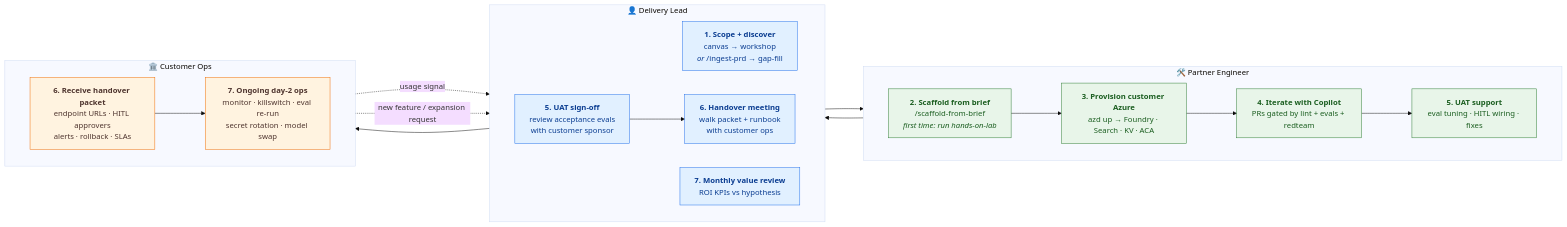
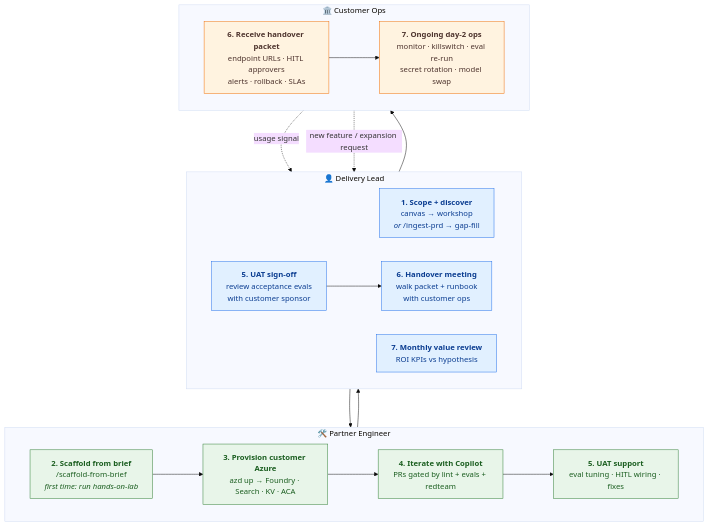
Before and after one commit to Azure-Samples/agentic-ai-solution-accelerator: the diagram in docs/partner-workflow.md, drawn with Mermaid. The commit also changed 4 other files, not shown here.

First line of the commit message:
Docs O9.2: TB swim-lane layout + cover home page diagram

````diff
--- a/docs/partner-workflow.md
+++ b/docs/partner-workflow.md
@@ -35,52 +35,52 @@
 ```mermaid
 %%{init: {'theme':'base','themeVariables':{'fontSize':'16px'},'flowchart':{'nodeSpacing':50,'rankSpacing':80,'htmlLabels':true,'curve':'basis'}}}%%
-flowchart LR
+flowchart TB
     classDef lead fill:#E1F0FF,stroke:#1F6FEB,color:#0B3D91,stroke-width:1px;
     classDef eng  fill:#E8F5E9,stroke:#2E7D32,color:#1B5E20,stroke-width:1px;
     classDef ops  fill:#FFF3E0,stroke:#EF6C00,color:#4E342E,stroke-width:1px;
 
     subgraph DL["👤 Delivery Lead"]
         direction LR
         D1["<b>1. Scope + discover</b><br/>canvas → workshop<br/><i>or</i> /ingest-prd → gap-fill"]
         D5["<b>5. UAT sign-off</b><br/>review acceptance evals<br/>with customer sponsor"]
         D6["<b>6. Handover meeting</b><br/>walk packet + runbook<br/>with customer ops"]
         D7["<b>7. Monthly value review</b><br/>ROI KPIs vs hypothesis"]
     end
 
     subgraph PE["🛠️ Partner Engineer"]
         direction LR
         E1["<b>2. Scaffold from brief</b><br/>/scaffold-from-brief<br/><i>first time: run hands-on-lab</i>"]
         E2["<b>3. Provision customer Azure</b><br/>azd up → Foundry · Search · KV · ACA"]
         E3["<b>4. Iterate with Copilot</b><br/>PRs gated by lint + evals + redteam"]
         E4["<b>5. UAT support</b><br/>eval tuning · HITL wiring · fixes"]
     end
 
     subgraph CO["🏛️ Customer Ops"]
         direction LR
         C1["<b>6. Receive handover packet</b><br/>endpoint URLs · HITL approvers<br/>alerts · rollback · SLAs"]
         C2["<b>7. Ongoing day-2 ops</b><br/>monitor · killswitch · eval re-run<br/>secret rotation · model swap"]
     end
 
     D1 --> E1
     E1 --> E2 --> E3 --> E4
     E4 --> D5
     D5 --> D6 --> C1
     C1 --> C2
     C2 -. usage signal .-> D7
     C2 -. new feature / expansion request .-> D1
 
     class D1,D5,D6,D7 lead;
     class E1,E2,E3,E4 eng;
     class C1,C2 ops;
 
     click D1 "discovery/how-to-use/" "D1 first action: open the discovery kit sequence (canvas → workshop, or /ingest-prd branch)"
     click D5 "partner-playbook/#stage-5--uat" "D5 first action: read Stage 5 UAT sign-off criteria"
     click D6 "handover/handover-packet-template/" "D6 first action: open the handover packet template"
     click D7 "partner-playbook/#stage-7--measure" "D7 first action: Stage 7 — Measure (monthly KPI review)"
     click E1 "QUICKSTART/#step-3--scaffold-the-solution-from-the-brief" "E1 first action: QUICKSTART Step 3 — Scaffold (first-timer? run hands-on-lab once first)"
     click E2 "getting-started/setup-and-prereqs/" "E2 first action: Setup & prereqs — azd up + troubleshooting"
     click E3 "QUICKSTART/#step-4--provision--deploy-to-customers-azure" "E3 first action: QUICKSTART Steps 4–5 — iterate through CI gates"
     click E4 "partner-playbook/#stage-5--uat" "E4 first action: Stage 5 — UAT (engineer view)"
     click C1 "customer-runbook/" "C1 first action: open your engagement-specific handover packet (partner-delivered); customer-runbook is the fallback"
     click C2 "customer-runbook/" "C2 first action: your handover packet for this engagement; customer-runbook is the fallback"
 ```
````
